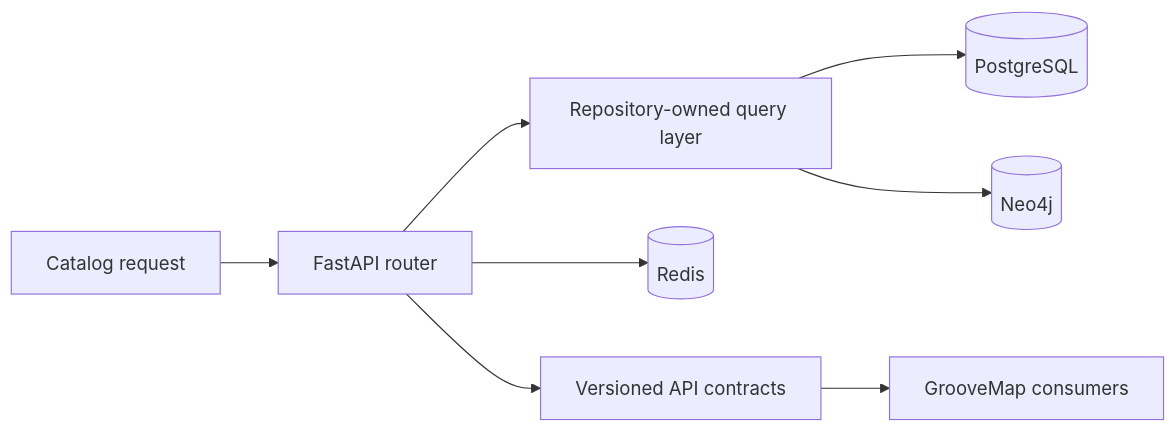
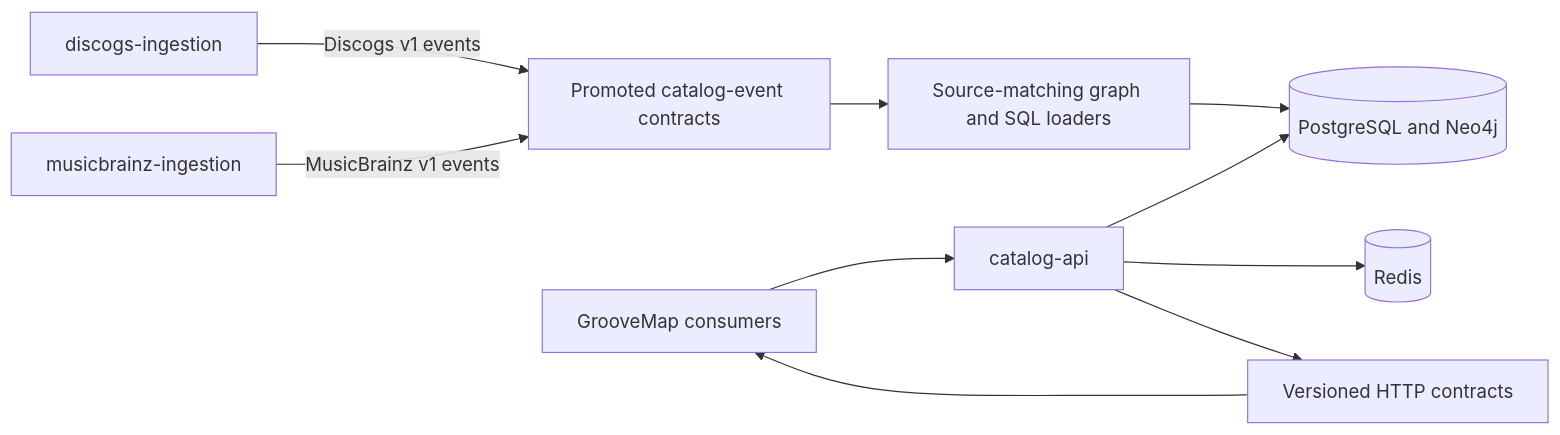
One commit to groovemap-music/catalog-api changed the diagram in docs/architecture-decisions.md. Above: the diagram before and after it, drawn with Mermaid. The commit also changed other lines of this file and 11 other files, not shown here.

Commit message:
docs(api): reconcile contracts and ownership

````diff
--- a/docs/architecture-decisions.md
+++ b/docs/architecture-decisions.md
@@ -7,10 +7,12 @@
 ```mermaid
 flowchart LR
-    Request[Catalog request] --> Router[FastAPI router]
-    Router --> Query[Repository-owned query layer]
-    Query --> PG[(PostgreSQL)]
-    Query --> Graph[(Neo4j)]
-    Router --> Cache[(Redis)]
-    Router --> Contract[Versioned API contracts]
-    Contract --> Consumers[GrooveMap consumers]
+    DI[discogs-ingestion] -->|Discogs v1 events| EventContracts[Promoted catalog-event contracts]
+    MI[musicbrainz-ingestion] -->|MusicBrainz v1 events| EventContracts
+    EventContracts --> Loaders[Source-matching graph and SQL loaders]
+    Loaders --> Stores[(PostgreSQL and Neo4j)]
+    Clients[GrooveMap consumers] --> API[catalog-api]
+    API --> Stores
+    API --> Cache[(Redis)]
+    API --> HTTPContracts[Versioned HTTP contracts]
+    HTTPContracts --> Clients
 ```
````
